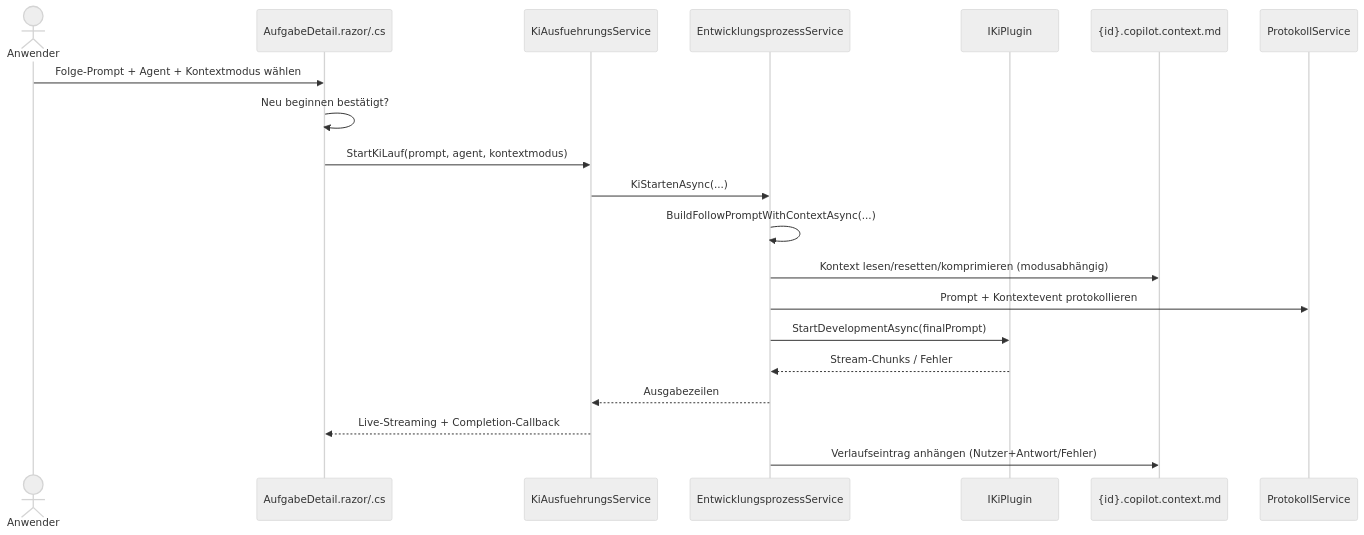
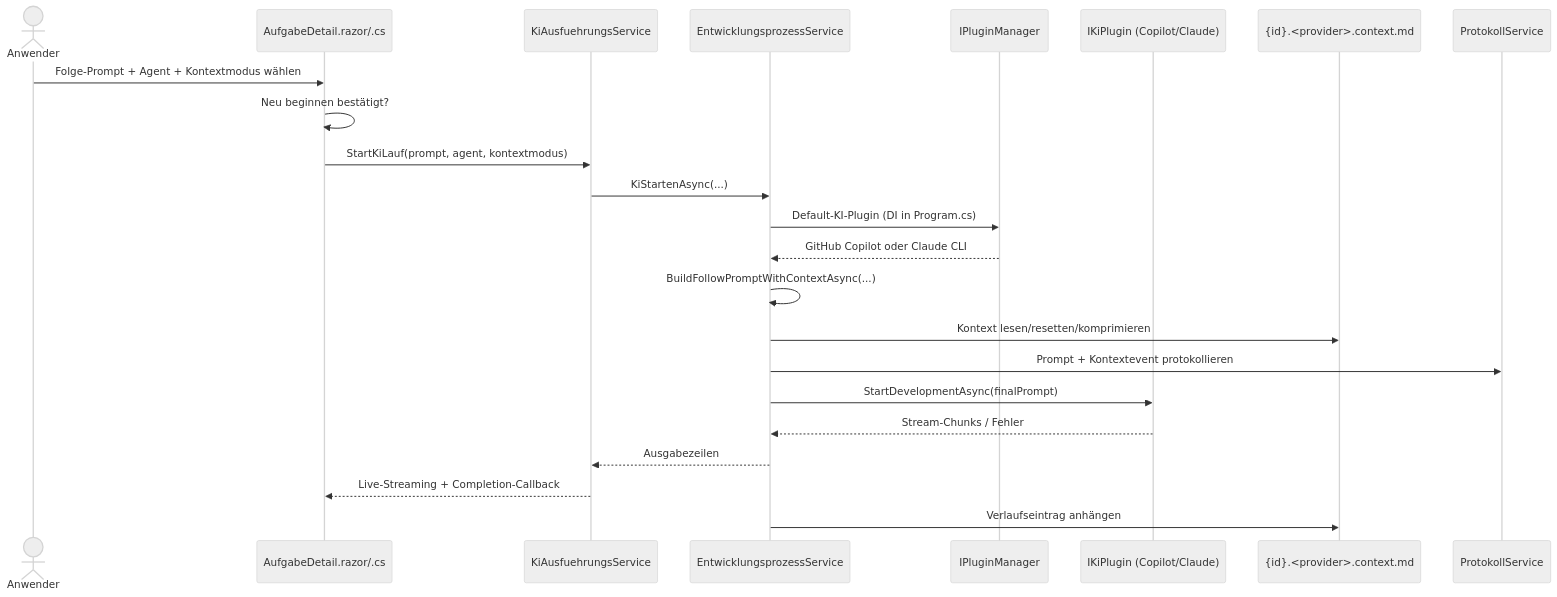
One commit to martin-stromberg/Softwareschmiede changed the first of 2 diagrams in docs/flows/follow-up-context-steering-flow.md. Above: the diagram before and after it, drawn with Mermaid (neutral theme). The commit also changed other lines of this file and 28 other files, not shown here.

Commit message:
Implementierung des Claude-Plugin

````diff
--- a/docs/flows/follow-up-context-steering-flow.md
+++ b/docs/flows/follow-up-context-steering-flow.md
@@ -19,23 +19,26 @@
 ```mermaid
 sequenceDiagram
     actor Anwender
     participant UI as AufgabeDetail.razor/.cs
     participant Runner as KiAusfuehrungsService
     participant Prozess as EntwicklungsprozessService
-    participant KI as IKiPlugin
-    participant Datei as {id}.copilot.context.md
+    participant PM as IPluginManager
+    participant KI as IKiPlugin (Copilot/Claude)
+    participant Datei as {id}.<provider>.context.md
     participant Log as ProtokollService
 
     Anwender->>UI: Folge-Prompt + Agent + Kontextmodus wählen
     UI->>UI: Neu beginnen bestätigt?
     UI->>Runner: StartKiLauf(prompt, agent, kontextmodus)
     Runner->>Prozess: KiStartenAsync(...)
+    Prozess->>PM: Default-KI-Plugin (DI in Program.cs)
+    PM-->>Prozess: GitHub Copilot oder Claude CLI
     Prozess->>Prozess: BuildFollowPromptWithContextAsync(...)
-    Prozess->>Datei: Kontext lesen/resetten/komprimieren (modusabhängig)
+    Prozess->>Datei: Kontext lesen/resetten/komprimieren
     Prozess->>Log: Prompt + Kontextevent protokollieren
     Prozess->>KI: StartDevelopmentAsync(finalPrompt)
     KI-->>Prozess: Stream-Chunks / Fehler
     Prozess-->>Runner: Ausgabezeilen
     Runner-->>UI: Live-Streaming + Completion-Callback
-    Prozess->>Datei: Verlaufseintrag anhängen (Nutzer+Antwort/Fehler)
+    Prozess->>Datei: Verlaufseintrag anhängen
 ```
````
